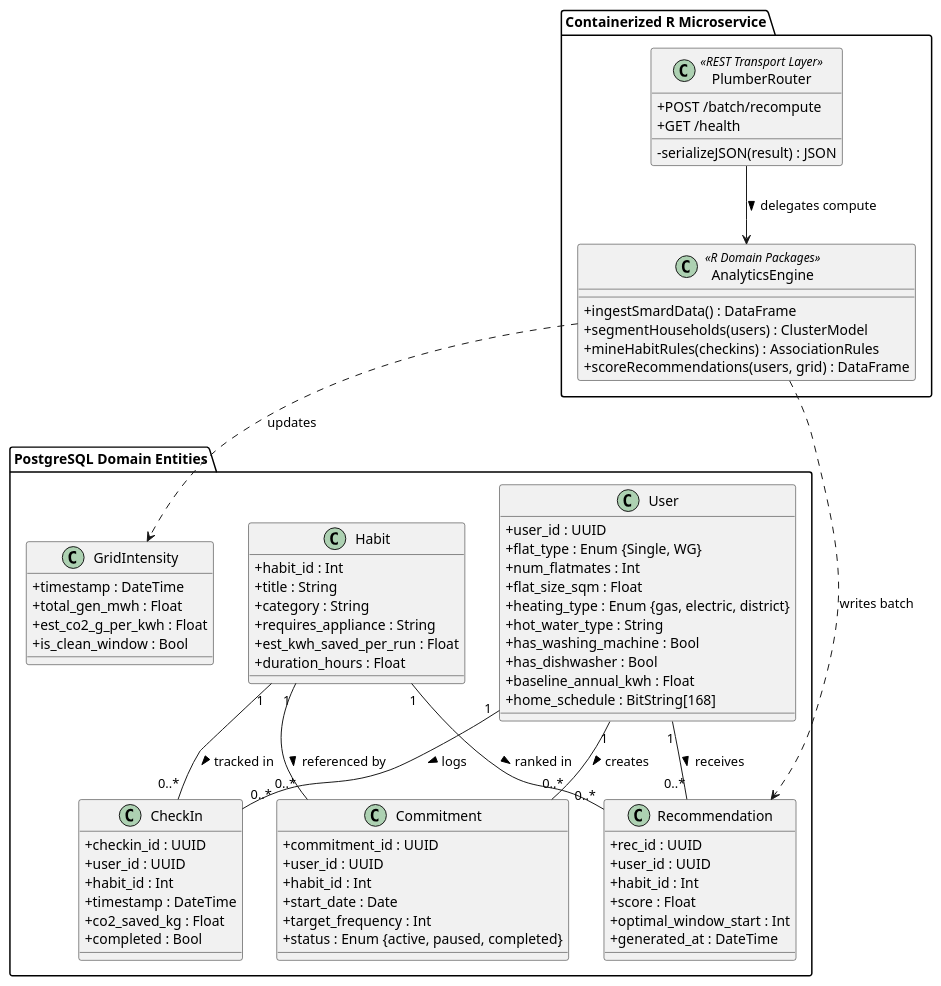
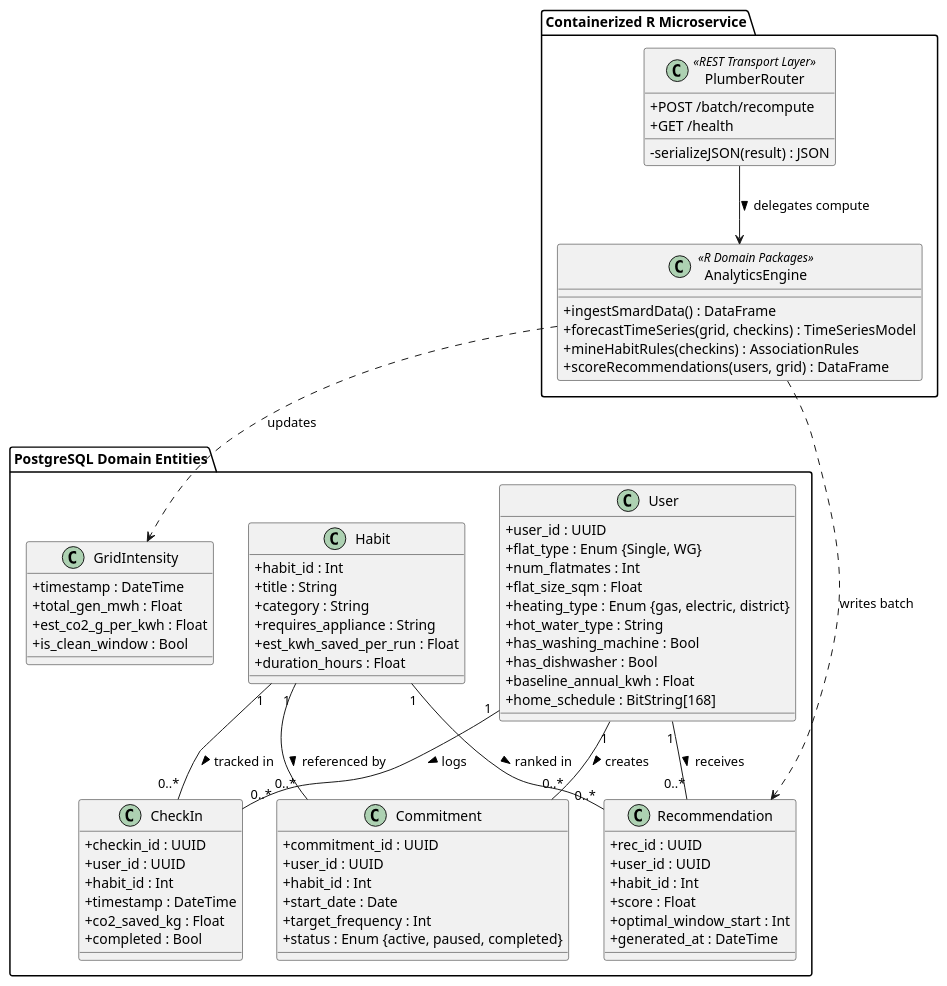
One commit to Asifnewaz/Personalized_Green_habit_Recommender changed the diagram in docs/uml/02_class_diagram.puml. Above: the diagram before and after it, drawn with PlantUML. The commit also changed 10 other files, not shown here.

Commit message:
docs(sprint2): refactor architecture/UML/proposal to time-series forecasting and standardize EDA paths with here::here()

```diff
--- a/docs/uml/02_class_diagram.puml
+++ b/docs/uml/02_class_diagram.puml
@@ -1,88 +1,88 @@
 @startuml
 skinparam classAttributeIconSize 0
 skinparam shadowing false
 
 package "PostgreSQL Domain Entities" {
   class User {
     +user_id : UUID
     +flat_type : Enum {Single, WG}
     +num_flatmates : Int
     +flat_size_sqm : Float
     +heating_type : Enum {gas, electric, district}
     +hot_water_type : String
     +has_washing_machine : Bool
     +has_dishwasher : Bool
     +baseline_annual_kwh : Float
     +home_schedule : BitString[168]
   }
 
   class Habit {
     +habit_id : Int
     +title : String
     +category : String
     +requires_appliance : String
     +est_kwh_saved_per_run : Float
     +duration_hours : Float
   }
 
   class Commitment {
     +commitment_id : UUID
     +user_id : UUID
     +habit_id : Int
     +start_date : Date
     +target_frequency : Int
     +status : Enum {active, paused, completed}
   }
 
   class CheckIn {
     +checkin_id : UUID
     +user_id : UUID
     +habit_id : Int
     +timestamp : DateTime
     +co2_saved_kg : Float
     +completed : Bool
   }
 
   class GridIntensity {
     +timestamp : DateTime
     +total_gen_mwh : Float
     +est_co2_g_per_kwh : Float
     +is_clean_window : Bool
   }
 
   class Recommendation {
     +rec_id : UUID
     +user_id : UUID
     +habit_id : Int
     +score : Float
     +optimal_window_start : Int
     +generated_at : DateTime
   }
 
   User "1" -- "0..*" Commitment : creates >
   Habit "1" -- "0..*" Commitment : referenced by >
   User "1" -- "0..*" CheckIn : logs >
   Habit "1" -- "0..*" CheckIn : tracked in >
   User "1" -- "0..*" Recommendation : receives >
   Habit "1" -- "0..*" Recommendation : ranked in >
 }
 
 package "Containerized R Microservice" {
   class PlumberRouter <<REST Transport Layer>> {
     +POST /batch/recompute
     +GET /health
     -serializeJSON(result) : JSON
   }
 
   class AnalyticsEngine <<R Domain Packages>> {
     +ingestSmardData() : DataFrame
-    +segmentHouseholds(users) : ClusterModel
+    +forecastTimeSeries(grid, checkins) : TimeSeriesModel
     +mineHabitRules(checkins) : AssociationRules
     +scoreRecommendations(users, grid) : DataFrame
   }
 
   PlumberRouter --> AnalyticsEngine : delegates compute >
   AnalyticsEngine ..> GridIntensity : updates
   AnalyticsEngine ..> Recommendation : writes batch
 }
 @enduml
```
